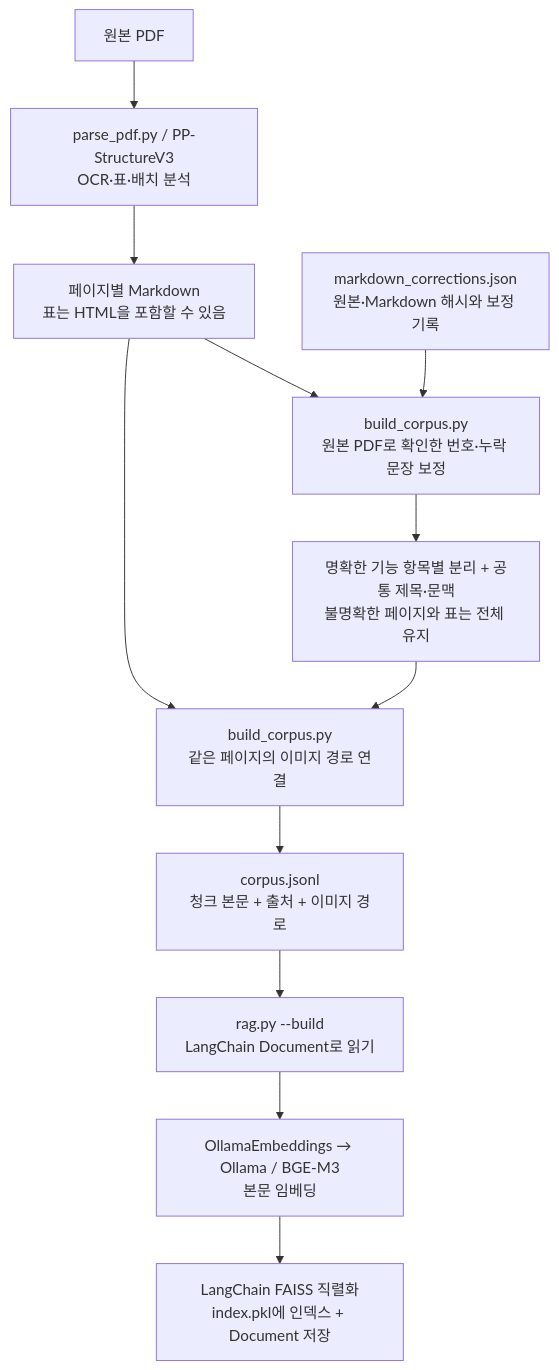
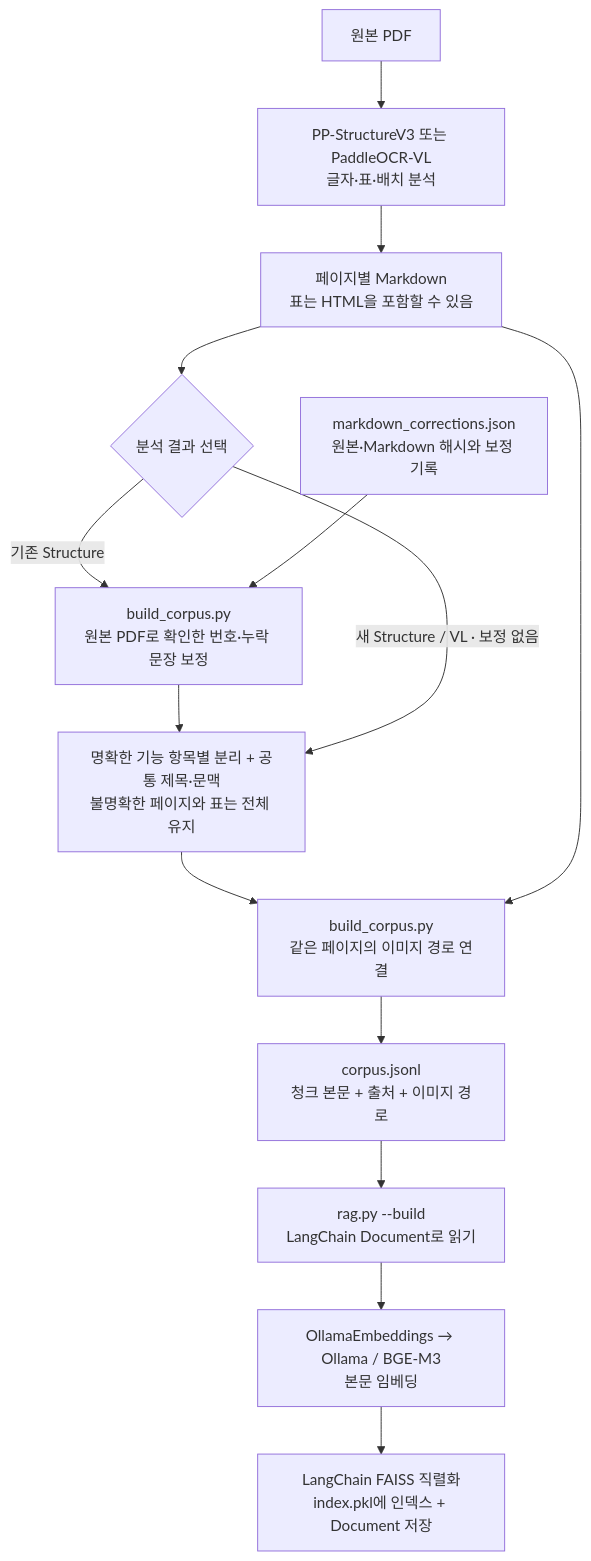
One commit to jimjimjinger/rag_activity changed the first of 2 diagrams in README.md. Above: the diagram before and after it, drawn with Mermaid. The commit also changed other lines of this file and 492 other files, not shown here.

````diff
--- a/README.md
+++ b/README.md
@@ -31,14 +64,16 @@
 ```mermaid
 flowchart TD
-    PDF["원본 PDF"] --> PARSE["parse_pdf.py / PP-StructureV3<br/>OCR·표·배치 분석"]
+    PDF["원본 PDF"] --> PARSE["PP-StructureV3 또는 PaddleOCR-VL<br/>글자·표·배치 분석"]
     PARSE --> MD["페이지별 Markdown<br/>표는 HTML을 포함할 수 있음"]
-    MD --> REVIEW["build_corpus.py<br/>원본 PDF로 확인한 번호·누락 문장 보정"]
+    MD --> PROFILE{"분석 결과 선택"}
+    PROFILE -->|기존 Structure| REVIEW["build_corpus.py<br/>원본 PDF로 확인한 번호·누락 문장 보정"]
     FIX["markdown_corrections.json<br/>원본·Markdown 해시와 보정 기록"] --> REVIEW
     REVIEW --> SPLIT["명확한 기능 항목별 분리 + 공통 제목·문맥<br/>불명확한 페이지와 표는 전체 유지"]
+    PROFILE -->|새 Structure / VL · 보정 없음| SPLIT
     SPLIT --> LINK["build_corpus.py<br/>같은 페이지의 이미지 경로 연결"]
     MD --> LINK
     LINK --> CORPUS["corpus.jsonl<br/>청크 본문 + 출처 + 이미지 경로"]
     CORPUS --> DOC["rag.py --build<br/>LangChain Document로 읽기"]
     DOC --> EMBED["OllamaEmbeddings → Ollama / BGE-M3<br/>본문 임베딩"]
     EMBED --> INDEX["LangChain FAISS 직렬화<br/>index.pkl에 인덱스 + Document 저장"]
 ```
````
